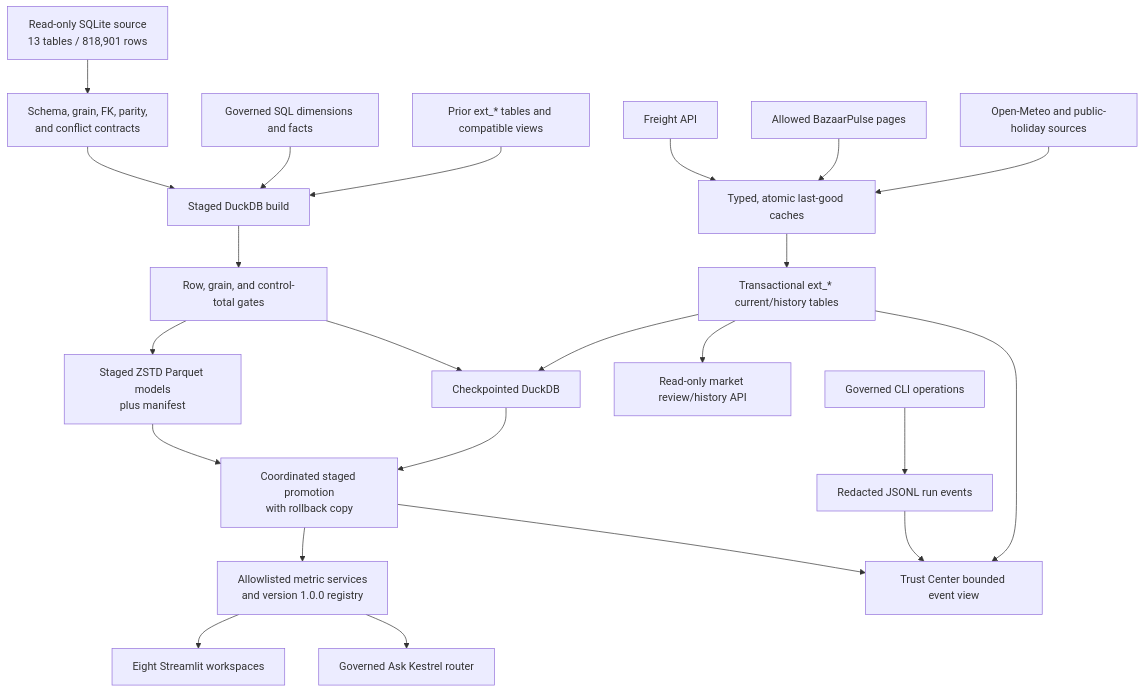
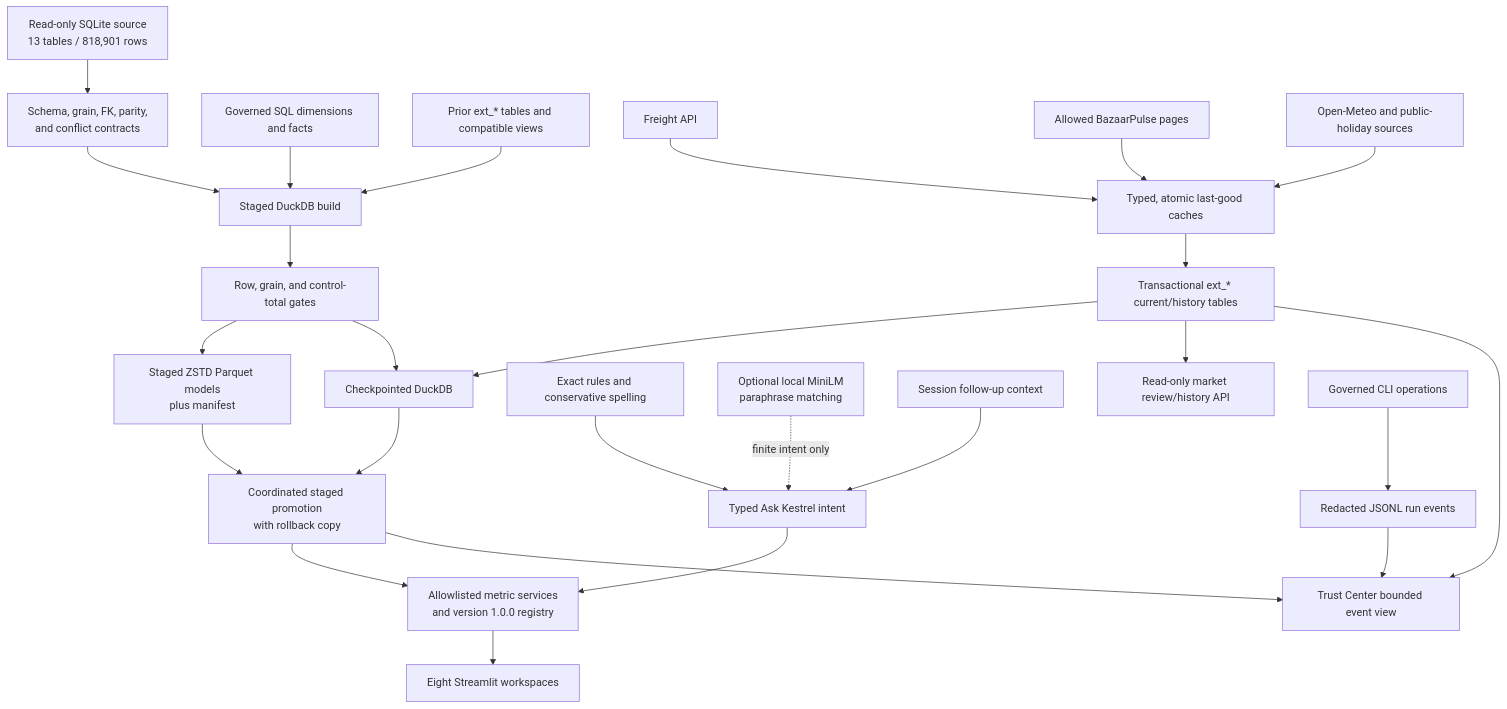
Before and after one commit to starky498/kestrel-control-tower: the second of 2 diagrams in docs/ARCHITECTURE.md, drawn with Mermaid. The commit also changed other lines of this file and 7 other files, not shown here.

Commit message:
docs: document Ask Kestrel v2 operations

````diff
--- a/docs/ARCHITECTURE.md
+++ b/docs/ARCHITECTURE.md
@@ -41,27 +41,30 @@
 ```mermaid
 flowchart TB
     SRC["Read-only SQLite source\n13 tables / 818,901 rows"] --> VAL["Schema, grain, FK, parity,\nand conflict contracts"]
     VAL --> STAGE["Staged DuckDB build"]
     SQL["Governed SQL dimensions and facts"] --> STAGE
     PRIOR["Prior ext_* tables and compatible views"] --> STAGE
     STAGE --> CHECK["Row, grain, and control-total gates"]
     CHECK --> PQ["Staged ZSTD Parquet models\nplus manifest"]
     CHECK --> DB["Checkpointed DuckDB"]
     PQ --> PROMOTE["Coordinated staged promotion\nwith rollback copy"]
     DB --> PROMOTE
 
     FRE["Freight API"] --> CACHE["Typed, atomic last-good caches"]
     BAZ["Allowed BazaarPulse pages"] --> CACHE
     CTX["Open-Meteo and public-holiday sources"] --> CACHE
     CACHE --> EXT["Transactional ext_* current/history tables"]
     EXT --> DB
 
     PROMOTE --> METRIC["Allowlisted metric services\nand version 1.0.0 registry"]
     METRIC --> UI["Eight Streamlit workspaces"]
-    METRIC --> ASK["Governed Ask Kestrel router"]
+    RULES["Exact rules and conservative spelling"] --> ASK["Typed Ask Kestrel intent"]
+    LOCAL["Optional local MiniLM\nparaphrase matching"] -. "finite intent only" .-> ASK
+    MEMORY["Session follow-up context"] --> ASK
+    ASK --> METRIC
     EXT --> API["Read-only market review/history API"]
     CLI["Governed CLI operations"] --> LOG["Redacted JSONL run events"]
     LOG --> TRUST["Trust Center bounded event view"]
     PROMOTE --> TRUST
     EXT --> TRUST
 ```
````
